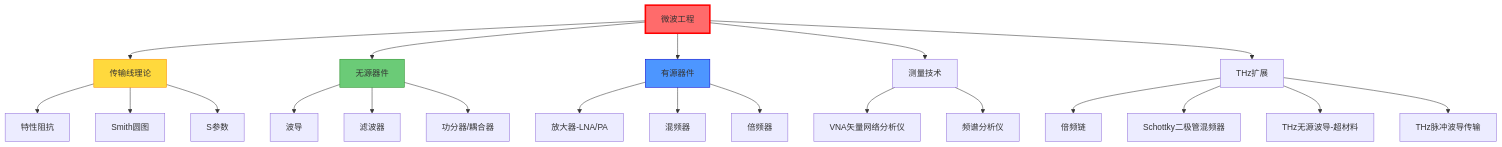
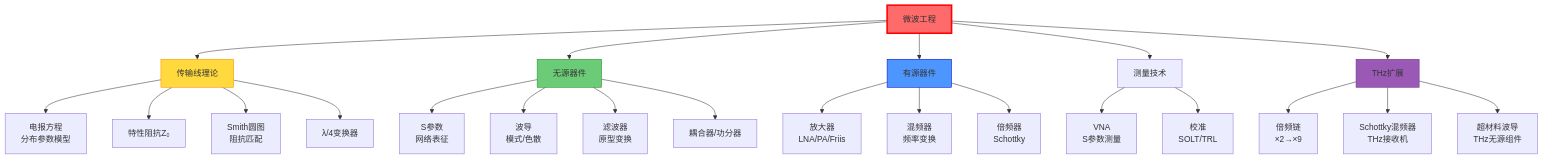
Before and after one commit to photonics-dhl/Self-learning: the second of 2 diagrams in Obsidian-Vault/1️⃣ 学科基础/📁 07 工程基础/12_微波工程.md, drawn with Mermaid. The commit also changed other lines of this file, not shown here.

Commit message:
feat: thicken 12_微波工程 417→525 lines (telegrapher derivation, λ/4 transformer, VNA, couplers, numerical examples)

````diff
--- a/Obsidian-Vault/1️⃣ 学科基础/📁 07 工程基础/12_微波工程.md
+++ b/Obsidian-Vault/1️⃣ 学科基础/📁 07 工程基础/12_微波工程.md
@@ -365,33 +467,35 @@
 ```mermaid
 graph TD
     A["微波工程"] --> B["传输线理论"]
     A --> C["无源器件"]
     A --> D["有源器件"]
     A --> E["测量技术"]
     A --> F["THz扩展"]
 
-    B --> B1["特性阻抗"]
-    B --> B2["Smith圆图"]
-    B --> B3["S参数"]
+    B --> B1["电报方程<br/>分布参数模型"]
+    B --> B2["特性阻抗Z₀"]
+    B --> B3["Smith圆图<br/>阻抗匹配"]
+    B --> B4["λ/4变换器"]
 
-    C --> C1["波导"]
-    C --> C2["滤波器"]
-    C --> C3["功分器/耦合器"]
+    C --> C1["S参数<br/>网络表征"]
+    C --> C2["波导<br/>模式/色散"]
+    C --> C3["滤波器<br/>原型变换"]
+    C --> C4["耦合器/功分器"]
 
-    D --> D1["放大器-LNA/PA"]
-    D --> D2["混频器"]
-    D --> D3["倍频器"]
+    D --> D1["放大器<br/>LNA/PA/Friis"]
+    D --> D2["混频器<br/>频率变换"]
+    D --> D3["倍频器<br/>Schottky"]
 
-    E --> E1["VNA矢量网络分析仪"]
-    E --> E2["频谱分析仪"]
+    E --> E1["VNA<br/>S参数测量"]
+    E --> E2["校准<br/>SOLT/TRL"]
 
-    F --> F1["倍频链"]
-    F --> F2["Schottky二极管混频器"]
-    F --> F3["THz无源波导-超材料"]
-    F --> F4["THz脉冲波导传输"]
+    F --> F1["倍频链<br/>×2→×9"]
+    F --> F2["Schottky混频器<br/>THz接收机"]
+    F --> F3["超材料波导<br/>THz无源组件"]
 
     style A fill:#FF6B6B,stroke:#FF0000,stroke-width:3px
     style B fill:#FFD93D,stroke:#FF8C00
     style C fill:#6BCB77,stroke:#228B22
     style D fill:#4D96FF,stroke:#0000CD
+    style F fill:#9B59B6,stroke:#6C3483
 ```
````
